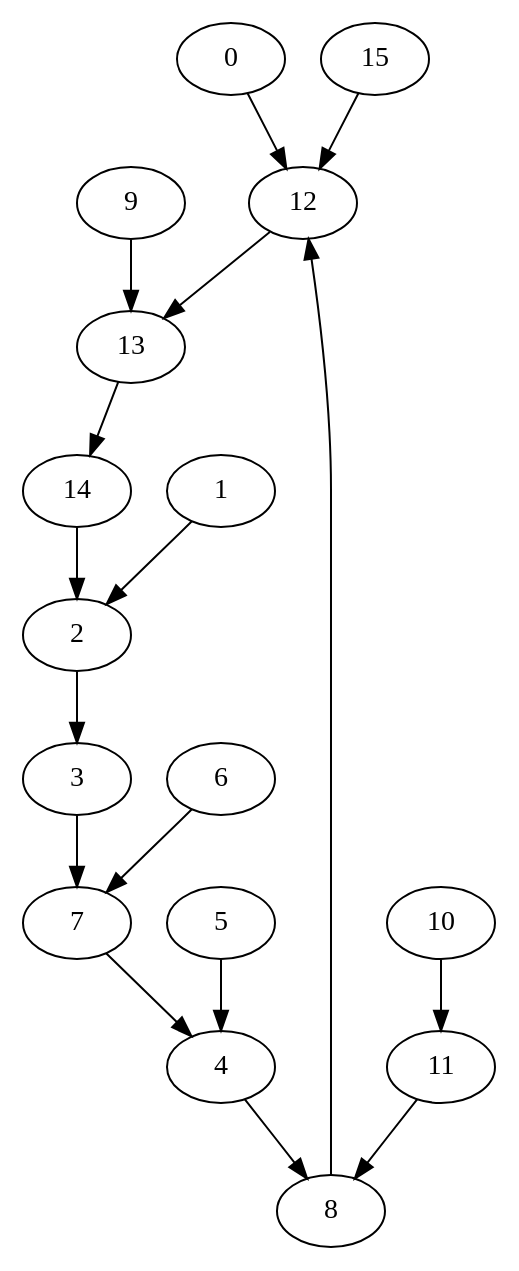
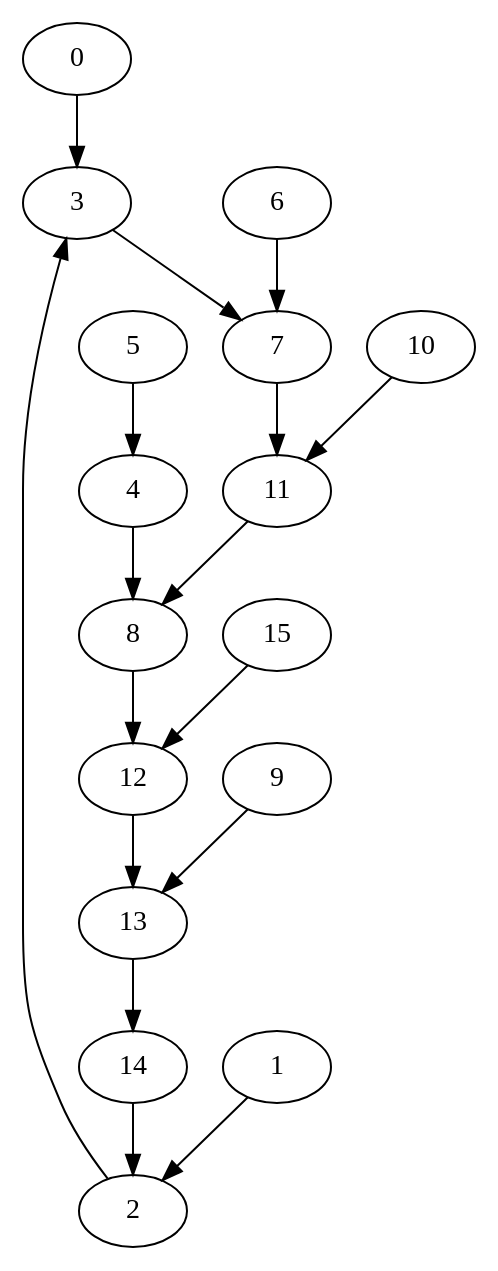
Before and after one commit to jzeeck/machineLearning: the diagram in lab4 - Reinforcement Learning/qlearn.dot, drawn with Graphviz. The commit also changed 4 other files, not shown here.

```diff
--- a/lab4 - Reinforcement Learning/qlearn.dot
+++ b/lab4 - Reinforcement Learning/qlearn.dot
@@ -1,18 +1,18 @@
 digraph qLearn {
-	0 -> 12;
+	0 -> 3;
 	1 -> 2;
 	2 -> 3;
 	3 -> 7;
 	4 -> 8;	
 	5 -> 4;
 	6 -> 7;
-	7 -> 4;
+	7 -> 11;
 	8 -> 12;
 	9 -> 13;
 	10 -> 11;
 	11 -> 8;
 	12 -> 13;
 	13 -> 14;
 	14 -> 2;
 	15 -> 12;
  }
```
